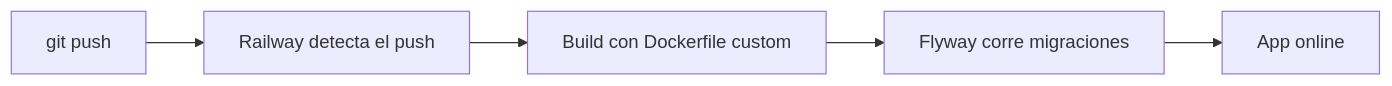
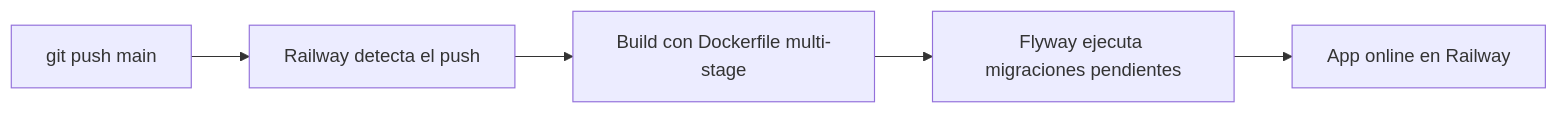
The third of 3 diagrams in README.md (CristianBurgi/MarcosYpriscila), drawn with Mermaid before and after one commit. The commit also changed other lines of this file, not shown here.

````diff
--- a/README.md
+++ b/README.md
@@ -203,7 +625,7 @@
 ```mermaid
 flowchart LR
-    A[git push] --> B[Railway detecta el push]
-    B --> C[Build con Dockerfile custom]
-    C --> D[Flyway corre migraciones]
-    D --> E[App online]
+    A[git push main] --> B[Railway detecta el push]
+    B --> C[Build con Dockerfile multi-stage]
+    C --> D[Flyway ejecuta migraciones pendientes]
+    D --> E[App online en Railway]
 ```
````
